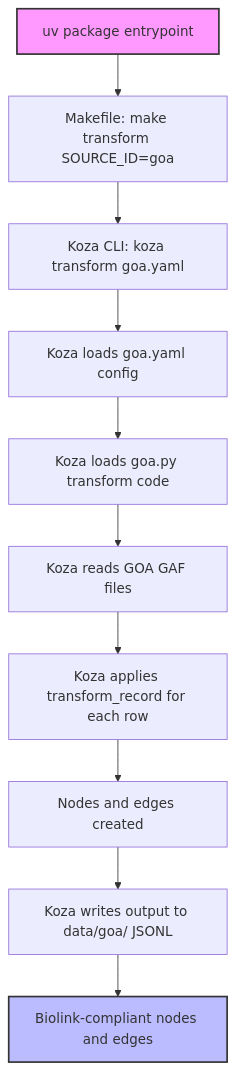
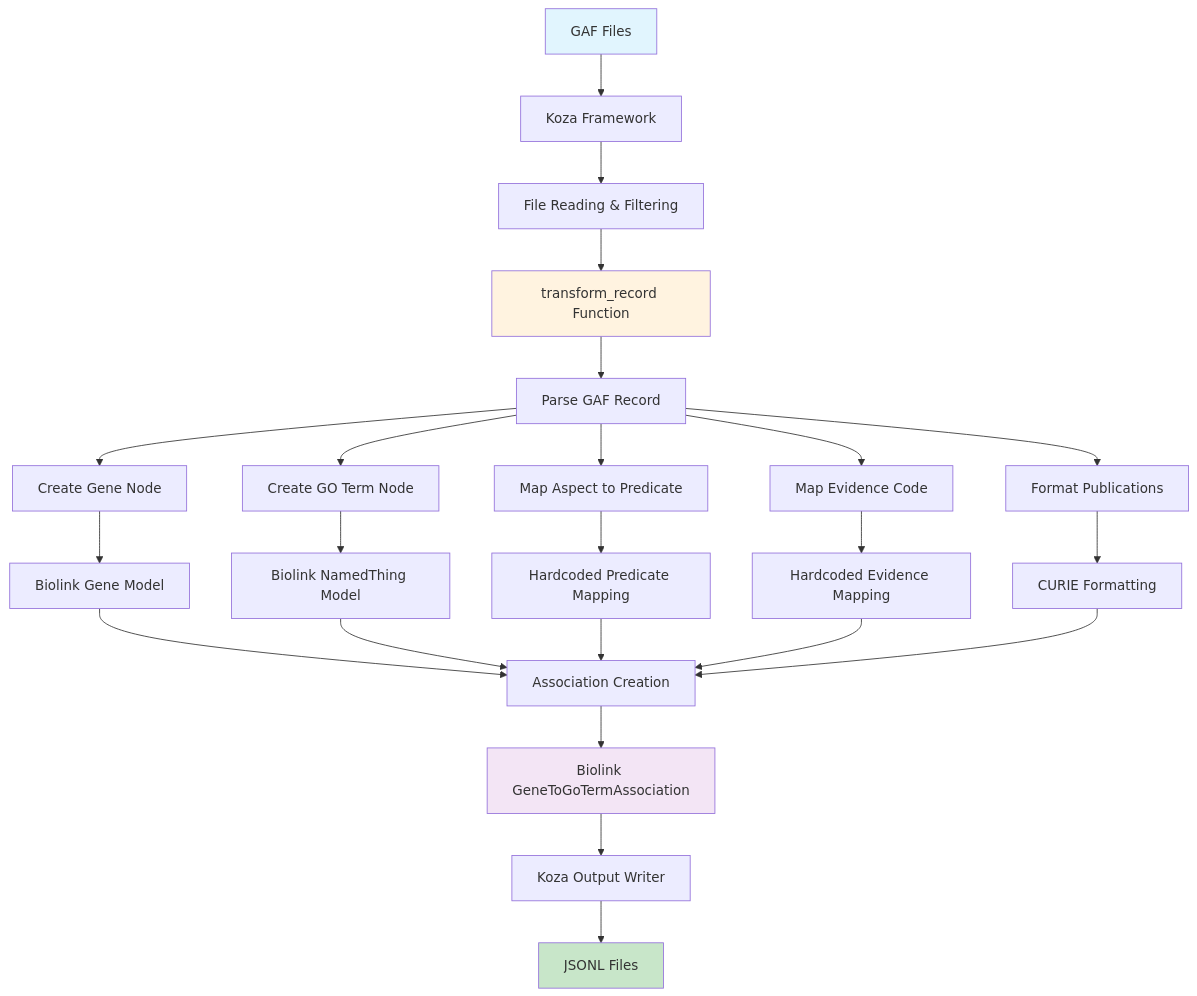
The diagram in src/translator_ingest/ingests/goa/README.md (NCATSTranslator/translator-ingests), drawn with Mermaid before and after one commit. The commit also changed other lines of this file and 1 other file, not shown here.

Commit message:
update goa ingest and readme

````diff
--- a/src/translator_ingest/ingests/goa/README.md
+++ b/src/translator_ingest/ingests/goa/README.md
@@ -29,24 +33,34 @@
 ```mermaid
 flowchart TD
-    A[uv package entrypoint]
-    B[Makefile: make transform SOURCE_ID=goa]
-    C[Koza CLI: koza transform goa.yaml]
-    D[Koza loads goa.yaml config]
-    E[Koza loads goa.py transform code]
-    F[Koza reads GOA GAF files]
-    G[Koza applies transform_record for each row]
-    H[Nodes and edges created]
-    I[Koza writes output to data/goa/ JSONL]
-    J[Biolink-compliant nodes and edges]
-    A --> B
-    B --> C
-    C --> D
-    D --> E
-    E --> F
-    F --> G
-    G --> H
-    H --> I
-    I --> J
-    style A fill:#f9f,stroke:#333,stroke-width:2px
-    style J fill:#bbf,stroke:#333,stroke-width:2px
+    A[GAF Files] --> B[Koza Framework]
+    B --> C[File Reading & Filtering]
+    C --> D[transform_record Function]
+    
+    D --> E[Parse GAF Record]
+    E --> F[Create Gene Node]
+    E --> G[Create GO Term Node]
+    E --> H[Map Aspect to Predicate]
+    E --> I[Map Evidence Code]
+    E --> J[Format Publications]
+    
+    F --> K[Biolink Gene Model]
+    G --> L[Biolink NamedThing Model]
+    H --> M[Hardcoded Predicate Mapping]
+    I --> N[Hardcoded Evidence Mapping]
+    J --> O[CURIE Formatting]
+    
+    K --> P[Association Creation]
+    L --> P
+    M --> P
+    N --> P
+    O --> P
+    
+    P --> Q[Biolink GeneToGoTermAssociation]
+    Q --> R[Koza Output Writer]
+    R --> S[JSONL Files]
+    
+    style A fill:#e1f5fe
+    style S fill:#c8e6c9
+    style D fill:#fff3e0
+    style Q fill:#f3e5f5
 ```
````
